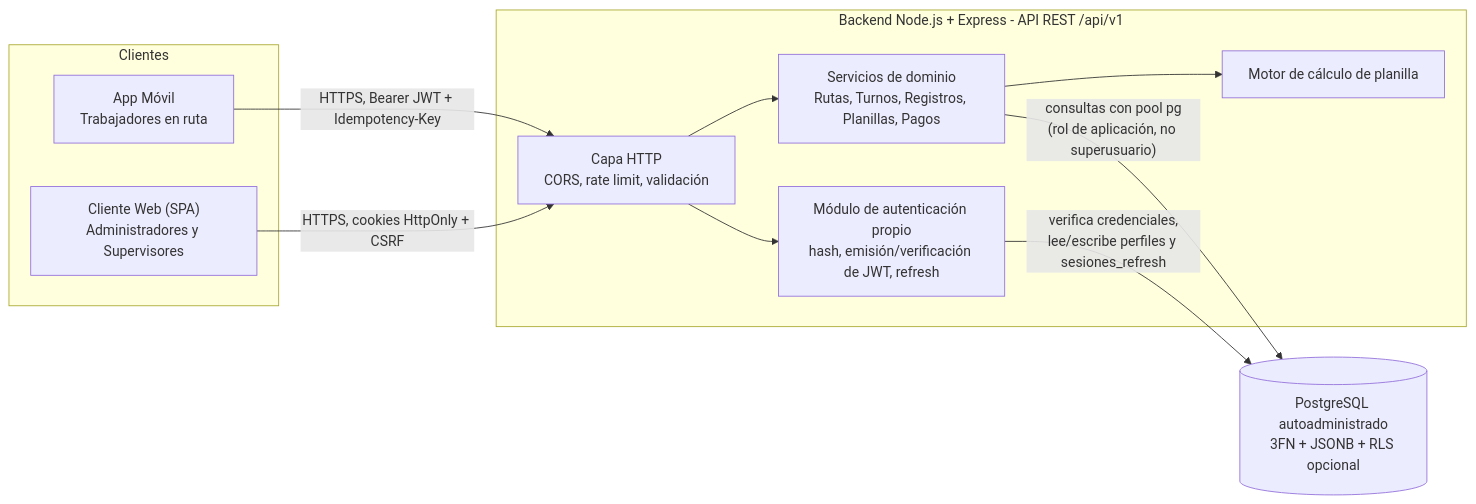
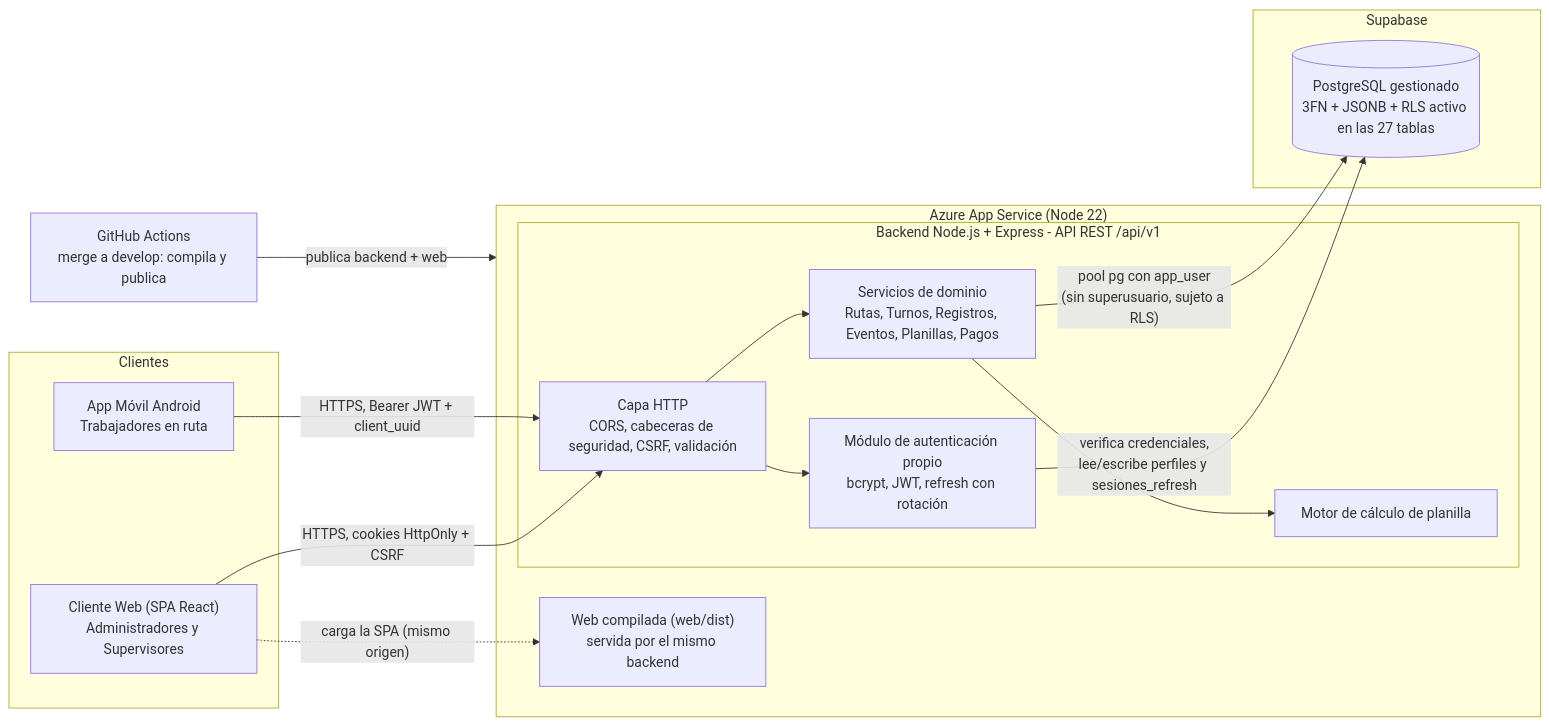
One commit to AgosAnt/planilla-sis changed the first of 4 diagrams in docs/arquitectura-tecnica.md. Above: the diagram before and after it, drawn with Mermaid. The commit also changed other lines of this file and 3 other files, not shown here.

````diff
--- a/docs/arquitectura-tecnica.md
+++ b/docs/arquitectura-tecnica.md
@@ -66,20 +112,28 @@
 ```mermaid
 flowchart LR
   subgraph Clientes["Clientes"]
-    W["Cliente Web (SPA)<br/>Administradores y Supervisores"]
-    M["App Móvil<br/>Trabajadores en ruta"]
+    W["Cliente Web (SPA React)<br/>Administradores y Supervisores"]
+    M["App Móvil Android<br/>Trabajadores en ruta"]
   end
-  subgraph BE["Backend Node.js + Express - API REST /api/v1"]
-    GW["Capa HTTP<br/>CORS, rate limit, validación"]
-    AUTH["Módulo de autenticación propio<br/>hash, emisión/verificación de JWT, refresh"]
-    SVC["Servicios de dominio<br/>Rutas, Turnos, Registros, Planillas, Pagos"]
-    CALC["Motor de cálculo de planilla"]
-    GW --> AUTH
-    GW --> SVC --> CALC
+  subgraph AZ["Azure App Service (Node 22)"]
+    subgraph BE["Backend Node.js + Express - API REST /api/v1"]
+      GW["Capa HTTP<br/>CORS, cabeceras de seguridad, CSRF, validación"]
+      AUTH["Módulo de autenticación propio<br/>bcrypt, JWT, refresh con rotación"]
+      SVC["Servicios de dominio<br/>Rutas, Turnos, Registros, Eventos, Planillas, Pagos"]
+      CALC["Motor de cálculo de planilla"]
+      GW --> AUTH
+      GW --> SVC --> CALC
+    end
+    STATIC["Web compilada (web/dist)<br/>servida por el mismo backend"]
   end
-  PG[("PostgreSQL autoadministrado<br/>3FN + JSONB + RLS opcional")]
+  subgraph SB["Supabase"]
+    PG[("PostgreSQL gestionado<br/>3FN + JSONB + RLS activo en las 27 tablas")]
+  end
+  GH["GitHub Actions<br/>merge a develop: compila y publica"]
   W -- "HTTPS, cookies HttpOnly + CSRF" --> GW
-  M -- "HTTPS, Bearer JWT + Idempotency-Key" --> GW
+  W -. "carga la SPA (mismo origen)" .-> STATIC
+  M -- "HTTPS, Bearer JWT + client_uuid" --> GW
   AUTH -- "verifica credenciales,<br/>lee/escribe perfiles y sesiones_refresh" --> PG
-  SVC -- "consultas con pool pg<br/>(rol de aplicación, no superusuario)" --> PG
+  SVC -- "pool pg con app_user<br/>(sin superusuario, sujeto a RLS)" --> PG
+  GH -- "publica backend + web" --> AZ
 ```
````
